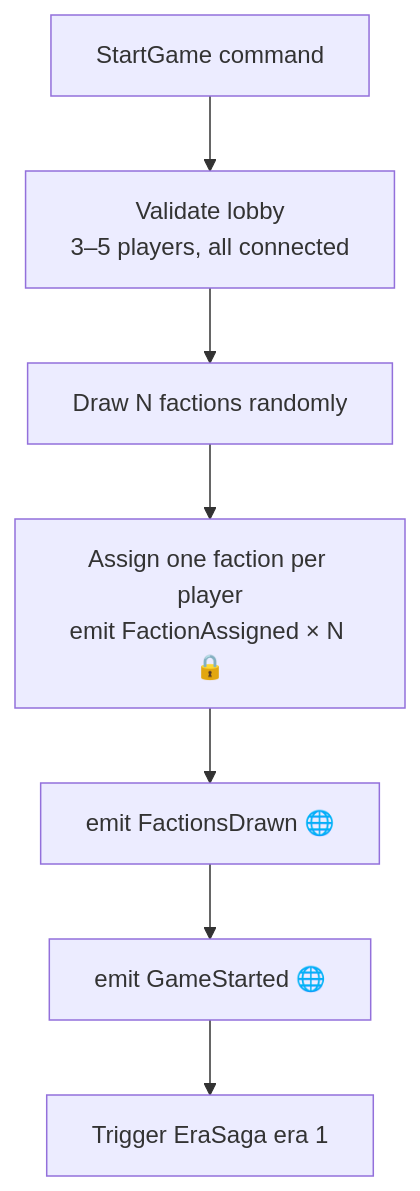
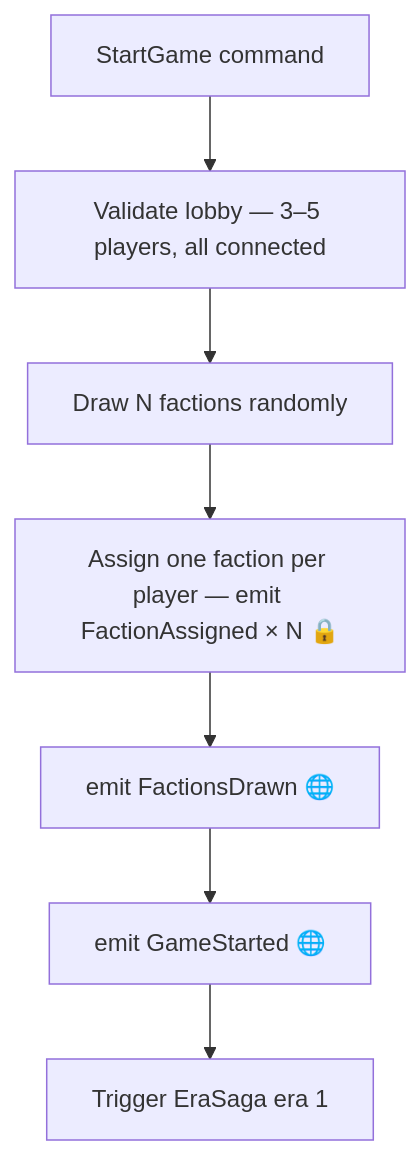
Before and after one commit to temporal-rift/docs: the diagram in sagas/game-start.mdx, drawn with Mermaid. The commit also changed 9 other files, not shown here.

First line of the commit message:
fix: replace literal \n in Mermaid node labels with em-dash separator

````diff
--- a/sagas/game-start.mdx
+++ b/sagas/game-start.mdx
@@ -12,9 +12,9 @@
 ```mermaid
 flowchart TD
-  A[StartGame command] --> B[Validate lobby\n3–5 players, all connected]
+  A[StartGame command] --> B[Validate lobby — 3–5 players, all connected]
   B --> C[Draw N factions randomly]
-  C --> D[Assign one faction per player\nemit FactionAssigned × N 🔒]
+  C --> D[Assign one faction per player — emit FactionAssigned × N 🔒]
   D --> E[emit FactionsDrawn 🌐]
   E --> F[emit GameStarted 🌐]
   F --> G[Trigger EraSaga era 1]
 ```
````
